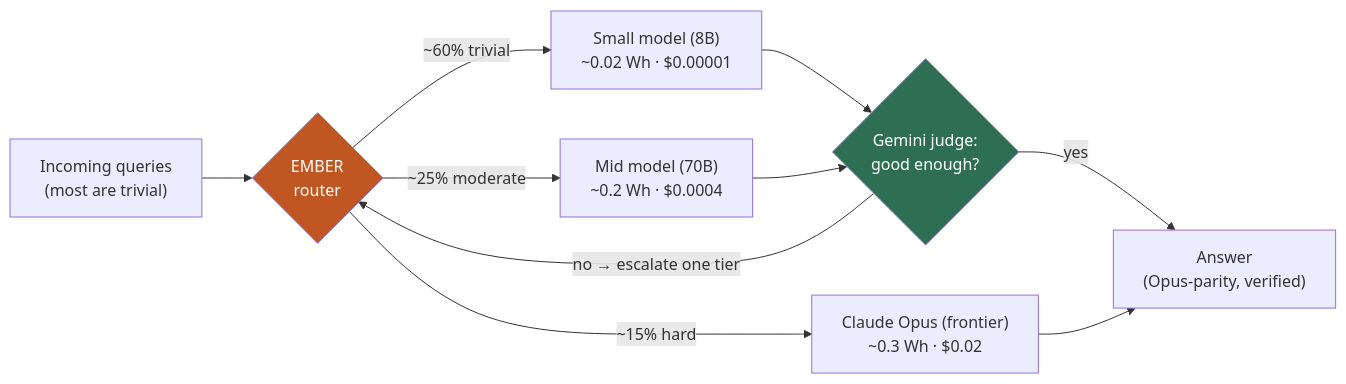
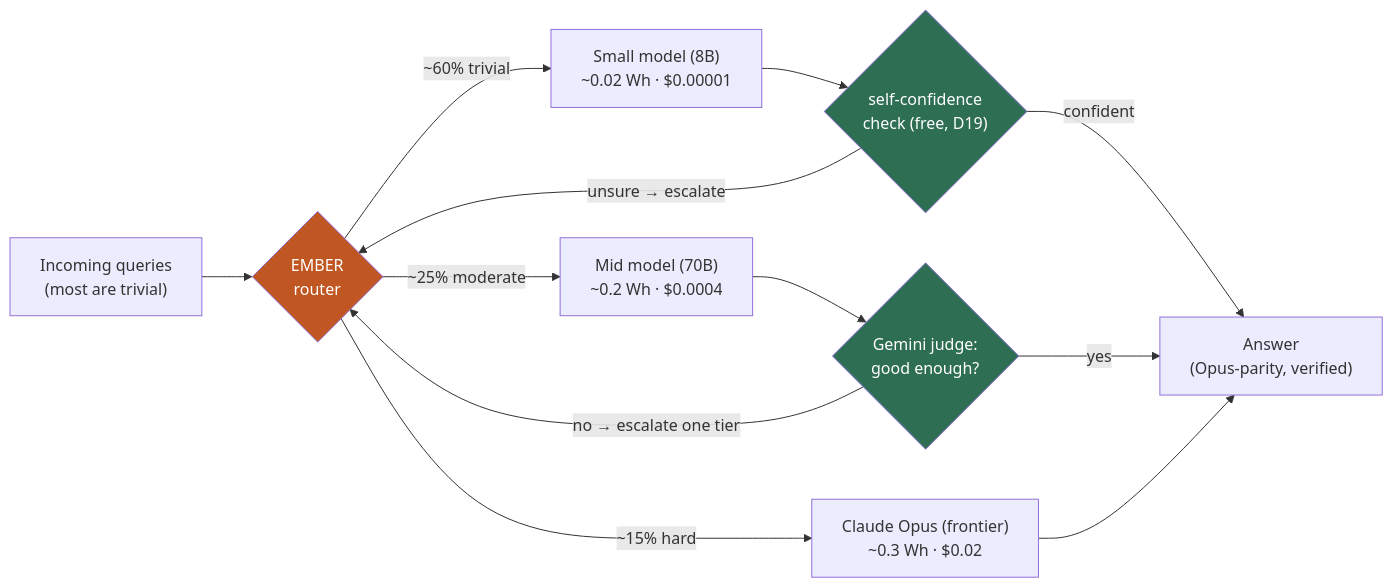
The first of 6 diagrams in OVERVIEW.md (Calvinky-Lee/Ember), drawn with Mermaid before and after one commit. The commit also changed 3 other files, not shown here.

Commit message:
Sync docs with D19 confidence gate: OVERVIEW diagram, EXPLAINER, env comments, spec 09 runtime note

````diff
--- a/OVERVIEW.md
+++ b/OVERVIEW.md
@@ -24,14 +24,17 @@
 ```mermaid
 flowchart LR
     Q["Incoming queries<br/>(most are trivial)"] --> E{"EMBER<br/>router"}
     E -->|"~60% trivial"| S["Small model (8B)<br/>~0.02 Wh · $0.00001"]
     E -->|"~25% moderate"| M["Mid model (70B)<br/>~0.2 Wh · $0.0004"]
     E -->|"~15% hard"| F["Claude Opus (frontier)<br/>~0.3 Wh · $0.02"]
-    S --> J{"Gemini judge:<br/>good enough?"}
-    M --> J
-    J -->|yes| A["Answer<br/>(Opus-parity, verified)"]
+    S --> SC{"self-confidence<br/>check (free, D19)"}
+    M --> J{"Gemini judge:<br/>good enough?"}
+    SC -->|confident| A["Answer<br/>(Opus-parity, verified)"]
+    J -->|yes| A
     F --> A
+    SC -->|"unsure → escalate"| E
     J -->|"no → escalate one tier"| E
     style E fill:#C05621,color:#fff
     style J fill:#2E6E52,color:#fff
+    style SC fill:#2E6E52,color:#fff
 ```
````
